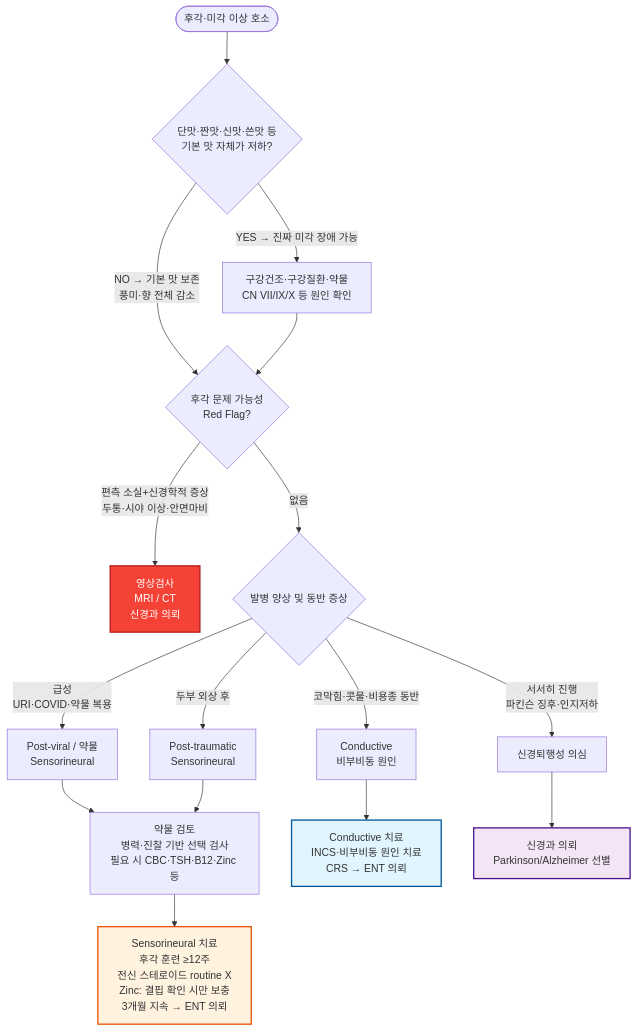
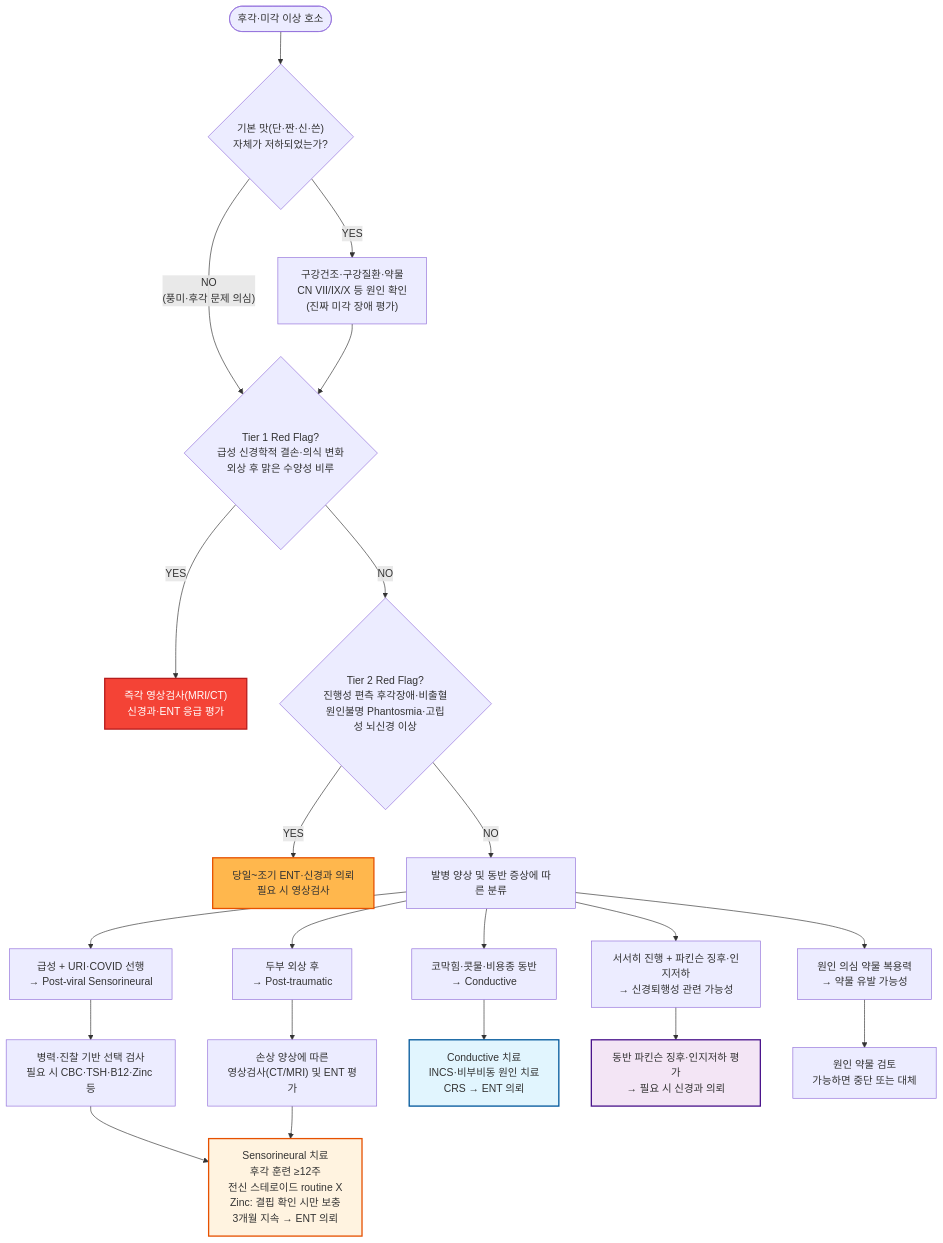
Before and after one commit to familyoh77/familyoh77: the diagram in 220_/005_-smell-taste-disorders.md, drawn with Mermaid. The commit also changed other lines of this file, not shown here.

````diff
--- a/220_/005_-smell-taste-disorders.md
+++ b/220_/005_-smell-taste-disorders.md
@@ -165,22 +165,28 @@
 ```mermaid
 graph TD
-    A([후각·미각 이상 호소]) --> B{"단맛·짠맛·신맛·쓴맛 등<br/>기본 맛 자체가 저하?"}
-    B -->|"YES → 진짜 미각 장애 가능"| C["구강건조·구강질환·약물<br/>CN VII/IX/X 등 원인 확인"]
-    B -->|"NO → 기본 맛 보존<br/>풍미·향 전체 감소"| D{"후각 문제 가능성<br/>Red Flag?"}
+    A([후각·미각 이상 호소]) --> B{"기본 맛(단·짠·신·쓴)<br/>자체가 저하되었는가?"}
+    B -->|"YES"| C["구강건조·구강질환·약물<br/>CN VII/IX/X 등 원인 확인<br/>(진짜 미각 장애 평가)"]
+    B -->|"NO<br/>(풍미·후각 문제 의심)"| D{"Tier 1 Red Flag?<br/>급성 신경학적 결손·의식 변화<br/>외상 후 맑은 수양성 비루"}
     C --> D
-    D -->|"편측 소실+신경학적 증상<br/>두통·시야 이상·안면마비"| E["영상검사<br/>MRI / CT<br/>신경과 의뢰"]
-    D -->|없음| F{"발병 양상 및 동반 증상"}
-    F -->|"급성<br/>URI·COVID·약물 복용"| G["Post-viral / 약물<br/>Sensorineural"]
-    F -->|"두부 외상 후"| H["Post-traumatic<br/>Sensorineural"]
-    F -->|"코막힘·콧물·비용종 동반"| I["Conductive<br/>비부비동 원인"]
-    F -->|"서서히 진행<br/>파킨슨 징후·인지저하"| J["신경퇴행성 의심"]
-    G --> K["약물 검토<br/>병력·진찰 기반 선택 검사<br/>필요 시 CBC·TSH·B12·Zinc 등"]
-    H --> K
+    D -->|"YES"| E1["즉각 영상검사(MRI/CT)<br/>신경과·ENT 응급 평가"]
+    D -->|"NO"| D2{"Tier 2 Red Flag?<br/>진행성 편측 후각장애·비출혈<br/>원인불명 Phantosmia·고립성 뇌신경 이상"}
+    D2 -->|"YES"| E2["당일~조기 ENT·신경과 의뢰<br/>필요 시 영상검사"]
+    D2 -->|"NO"| F["발병 양상 및 동반 증상에 따른 분류"]
+    F --> G["급성 + URI·COVID 선행<br/>→ Post-viral Sensorineural"]
+    F --> H["두부 외상 후<br/>→ Post-traumatic"]
+    F --> I["코막힘·콧물·비용종 동반<br/>→ Conductive"]
+    F --> J["서서히 진행 + 파킨슨 징후·인지저하<br/>→ 신경퇴행성 관련 가능성"]
+    F --> P["원인 의심 약물 복용력<br/>→ 약물 유발 가능성"]
+    G --> K["병력·진찰 기반 선택 검사<br/>필요 시 CBC·TSH·B12·Zinc 등"]
+    H --> H2["손상 양상에 따른<br/>영상검사(CT/MRI) 및 ENT 평가"]
     I --> L["Conductive 치료<br/>INCS·비부비동 원인 치료<br/>CRS → ENT 의뢰"]
-    J --> M["신경과 의뢰<br/>Parkinson/Alzheimer 선별"]
-    K --> N["Sensorineural 치료<br/>후각 훈련 ≥12주 <br/>전신 스테로이드 routine X<br/>Zinc: 결핍 확인 시만 보충<br/>3개월 지속 → ENT 의뢰"]
-    style E fill:#f44336,stroke:#b71c1c,color:#fff,stroke-width:2px
+    J --> M["동반 파킨슨 징후·인지저하 평가<br/>→ 필요 시 신경과 의뢰"]
+    P --> P2["원인 약물 검토<br/>가능하면 중단 또는 대체"]
+    K --> N["Sensorineural 치료<br/>후각 훈련 ≥12주<br/>전신 스테로이드 routine X<br/>Zinc: 결핍 확인 시만 보충<br/>3개월 지속 → ENT 의뢰"]
+    H2 --> N
+    style E1 fill:#f44336,stroke:#b71c1c,color:#fff,stroke-width:2px
+    style E2 fill:#ffb74d,stroke:#e65100,stroke-width:2px
     style L fill:#e1f5fe,stroke:#01579b,stroke-width:2px
     style N fill:#fff3e0,stroke:#e65100,stroke-width:2px
     style M fill:#f3e5f5,stroke:#4a148c,stroke-width:2px
 ```
````
